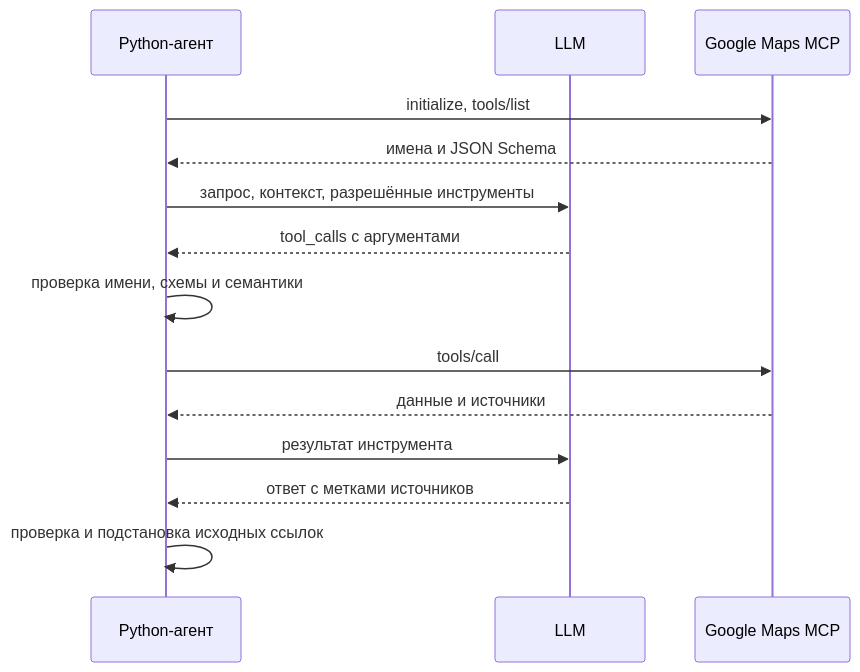
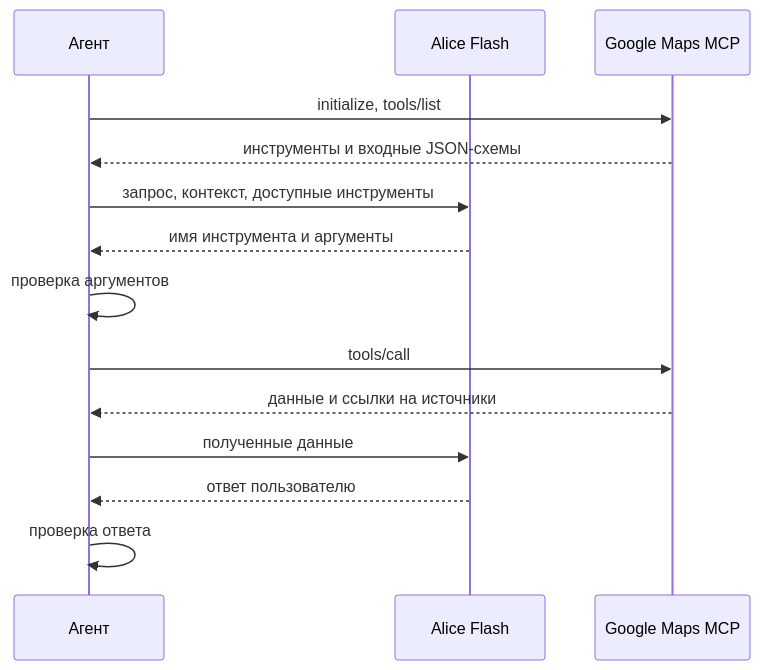
One commit to Batyaoftheyear/DayOut-AI-agent changed the second of 2 diagrams in README.md. Above: the diagram before and after it, drawn with Mermaid. The commit also changed other lines of this file and 90 other files, not shown here.

````diff
--- a/README.md
+++ b/README.md
@@ -51,16 +58,16 @@
 ```mermaid
 sequenceDiagram
-    participant A as Python-агент
-    participant L as LLM
+    participant A as Агент
+    participant L as Alice Flash
     participant M as Google Maps MCP
     A->>M: initialize, tools/list
-    M-->>A: имена и JSON Schema
-    A->>L: запрос, контекст, разрешённые инструменты
-    L-->>A: tool_calls с аргументами
-    A->>A: проверка имени, схемы и семантики
+    M-->>A: инструменты и входные JSON-схемы
+    A->>L: запрос, контекст, доступные инструменты
+    L-->>A: имя инструмента и аргументы
+    A->>A: проверка аргументов
     A->>M: tools/call
-    M-->>A: данные и источники
-    A->>L: результат инструмента
-    L-->>A: ответ с метками источников
-    A->>A: проверка и подстановка исходных ссылок
+    M-->>A: данные и ссылки на источники
+    A->>L: полученные данные
+    L-->>A: ответ пользователю
+    A->>A: проверка ответа
 ```
````
